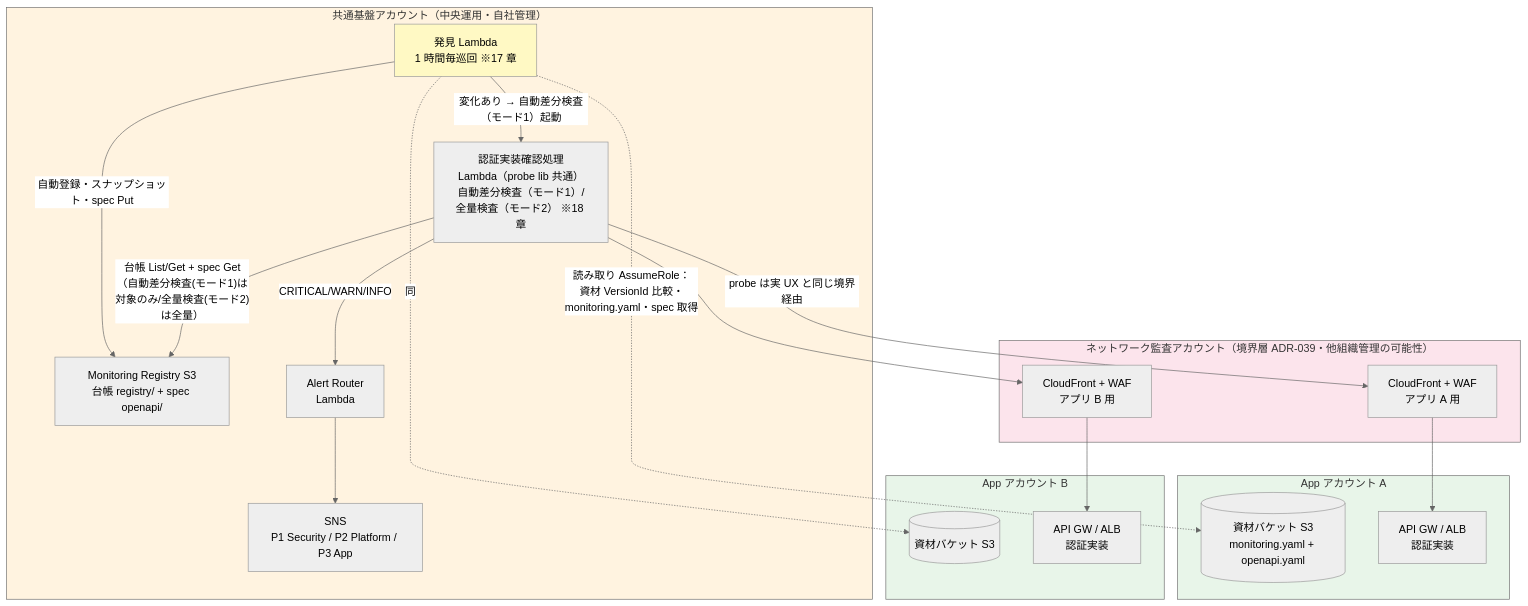
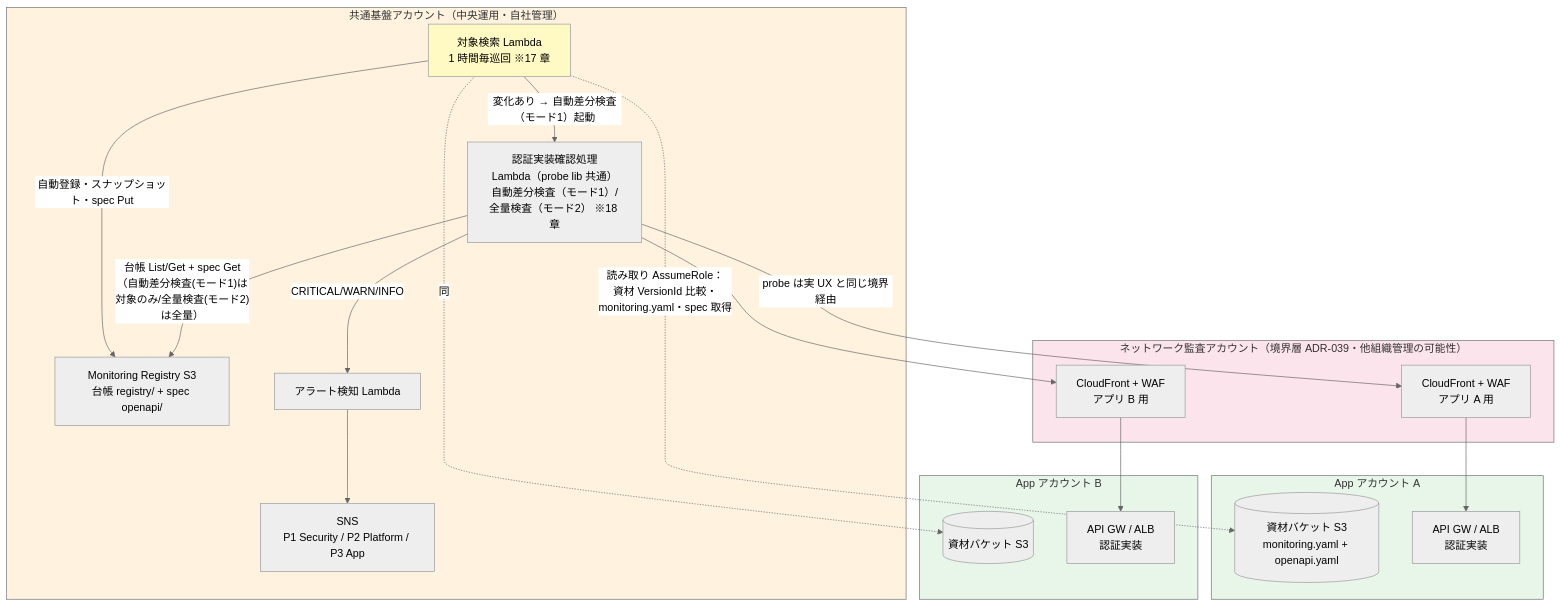
One commit to suepie/aws-atuh-poc changed the first of 7 diagrams in doc/api-platform/basic-design/10-external-monitoring-overview.md. Above: the diagram before and after it, drawn with Mermaid (neutral theme). The commit also changed other lines of this file and 23 other files, not shown here.

````diff
--- a/doc/api-platform/basic-design/10-external-monitoring-overview.md
+++ b/doc/api-platform/basic-design/10-external-monitoring-overview.md
@@ -53,44 +53,44 @@
 ```mermaid
 flowchart TB
     subgraph Central["共通基盤アカウント（中央運用・自社管理）"]
-        DISC[発見 Lambda<br/>1 時間毎巡回 ※17 章]
+        DISC[対象検索 Lambda<br/>1 時間毎巡回 ※17 章]
         Reg[Monitoring Registry S3<br/>台帳 registry/ + spec openapi/]
         CC["認証実装確認処理<br/>Lambda（probe lib 共通）<br/>自動差分検査（モード1）/全量検査（モード2） ※18 章"]
-        AR[Alert Router<br/>Lambda]
+        AR[アラート検知 Lambda]
         SNS[SNS<br/>P1 Security / P2 Platform / P3 App]
     end
 
     subgraph Edge["ネットワーク監査アカウント（境界層 ADR-039・他組織管理の可能性）"]
         CFA[CloudFront + WAF<br/>アプリ A 用]
         CFB[CloudFront + WAF<br/>アプリ B 用]
     end
 
     subgraph AppA["App アカウント A"]
         ARTA[("資材バケット S3<br/>monitoring.yaml + openapi.yaml")]
         APIA[API GW / ALB<br/>認証実装]
     end
 
     subgraph AppB["App アカウント B"]
         ARTB[("資材バケット S3")]
         APIB[API GW / ALB<br/>認証実装]
     end
 
     DISC -.->|"読み取り AssumeRole：<br/>資材 VersionId 比較・<br/>monitoring.yaml・spec 取得"| ARTA
     DISC -.->|"同"| ARTB
     DISC -->|自動登録・スナップショット・spec Put| Reg
     DISC -->|"変化あり → 自動差分検査（モード1）起動"| CC
 
     CC -->|"台帳 List/Get + spec Get<br/>（自動差分検査(モード1)は対象のみ/全量検査(モード2)は全量）"| Reg
     CC -->|probe は実 UX と同じ境界経由| CFA
     CFA --> APIA
     CC --> CFB
     CFB --> APIB
     CC -->|CRITICAL/WARN/INFO| AR
     AR --> SNS
 
     style Central fill:#fff3e0
     style Edge fill:#fce4ec
     style AppA fill:#e8f5e9
     style AppB fill:#e8f5e9
     style DISC fill:#fff9c4
 ```
````
